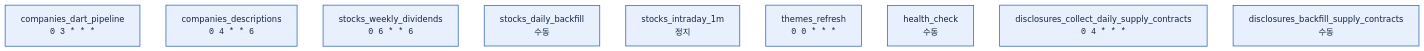
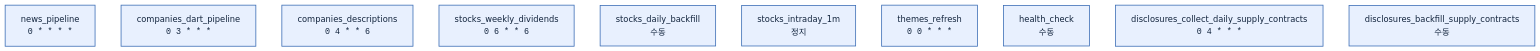
Before and after one commit to swmaestro-3back/finngraph-etl: the diagram in dags/README.md, drawn with Mermaid. The commit also changed other lines of this file and 7 other files, not shown here.

````diff
--- a/dags/README.md
+++ b/dags/README.md
@@ -63,15 +59,16 @@
 ```mermaid
 flowchart TB
+    NP["news_pipeline<br/><code>0 * * * *</code>"]
     CDP["companies_dart_pipeline<br/><code>0 3 * * *</code>"]
     CDE["companies_descriptions<br/><code>0 4 * * 6</code>"]
     SWD["stocks_weekly_dividends<br/><code>0 6 * * 6</code>"]
     SDB["stocks_daily_backfill<br/>수동"]
     SI1["stocks_intraday_1m<br/>정지"]
     TR["themes_refresh<br/><code>0 0 * * *</code>"]
     HC["health_check<br/>수동"]
     DCD["disclosures_collect_daily_supply_contracts<br/><code>0 4 * * *</code>"]
     DBF["disclosures_backfill_supply_contracts<br/>수동"]
 
     classDef cron fill:#e8f0fe,stroke:#3b6db5,stroke-width:1.5px,color:#12243d
-    class CDP,CDE,SWD,SDB,SI1,TR,HC,DCD,DBF cron
+    class NP,CDP,CDE,SWD,SDB,SI1,TR,HC,DCD,DBF cron
 ```
````
